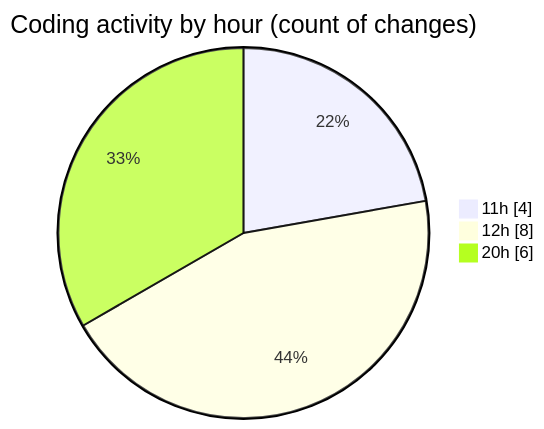
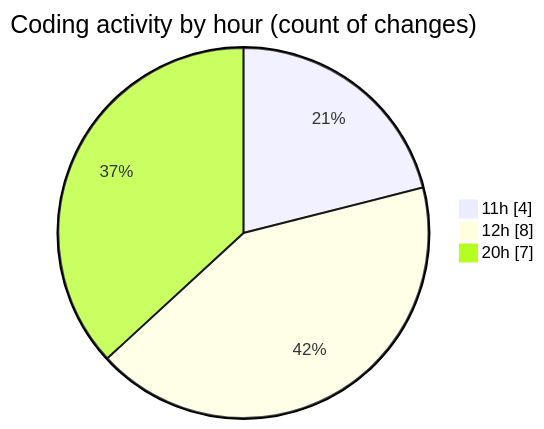
The second of 2 diagrams in 2025-10-24/javacript/README.md (nxtqubesakshisongat/code-tracking), drawn with Mermaid before and after one commit. The commit also changed other lines of this file and 1 other file, not shown here.

````diff
--- a/2025-10-24/javacript/README.md
+++ b/2025-10-24/javacript/README.md
@@ -28,7 +28,7 @@
 ```mermaid
 pie showData
 title Coding activity by hour (count of changes)
 "11h" : 4
 "12h" : 8
-"20h" : 6
+"20h" : 7
 ```
````
